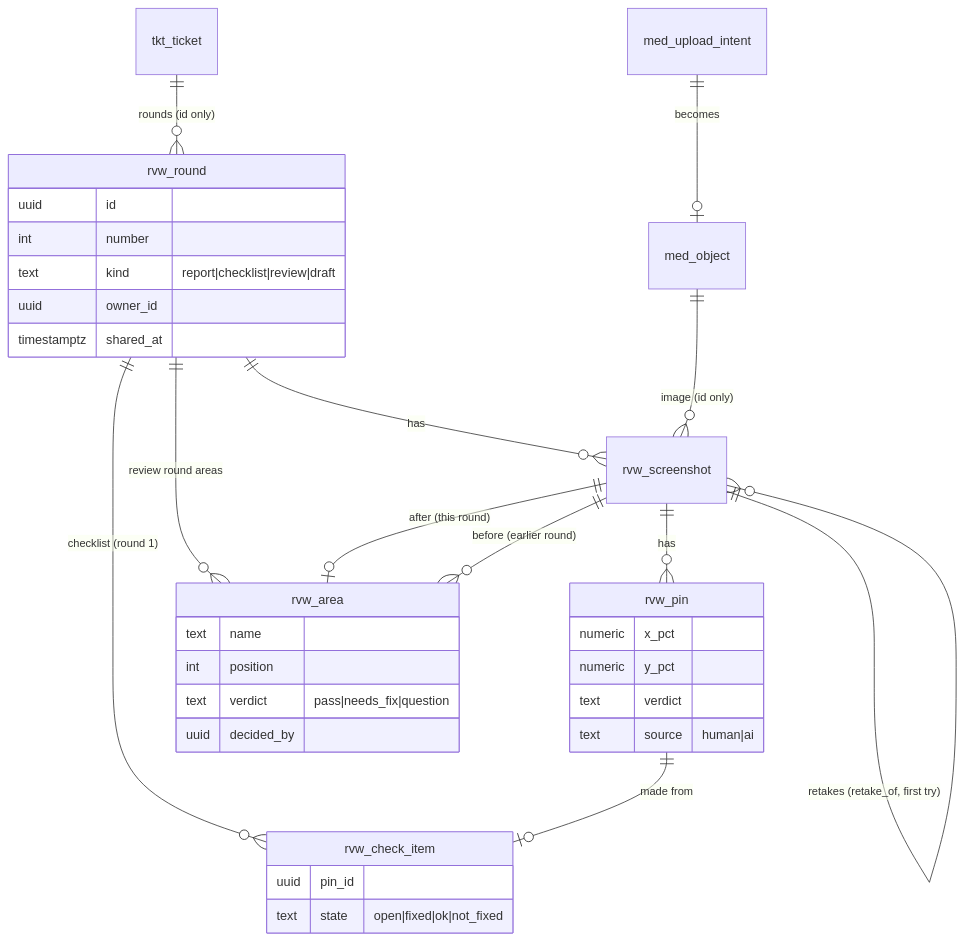
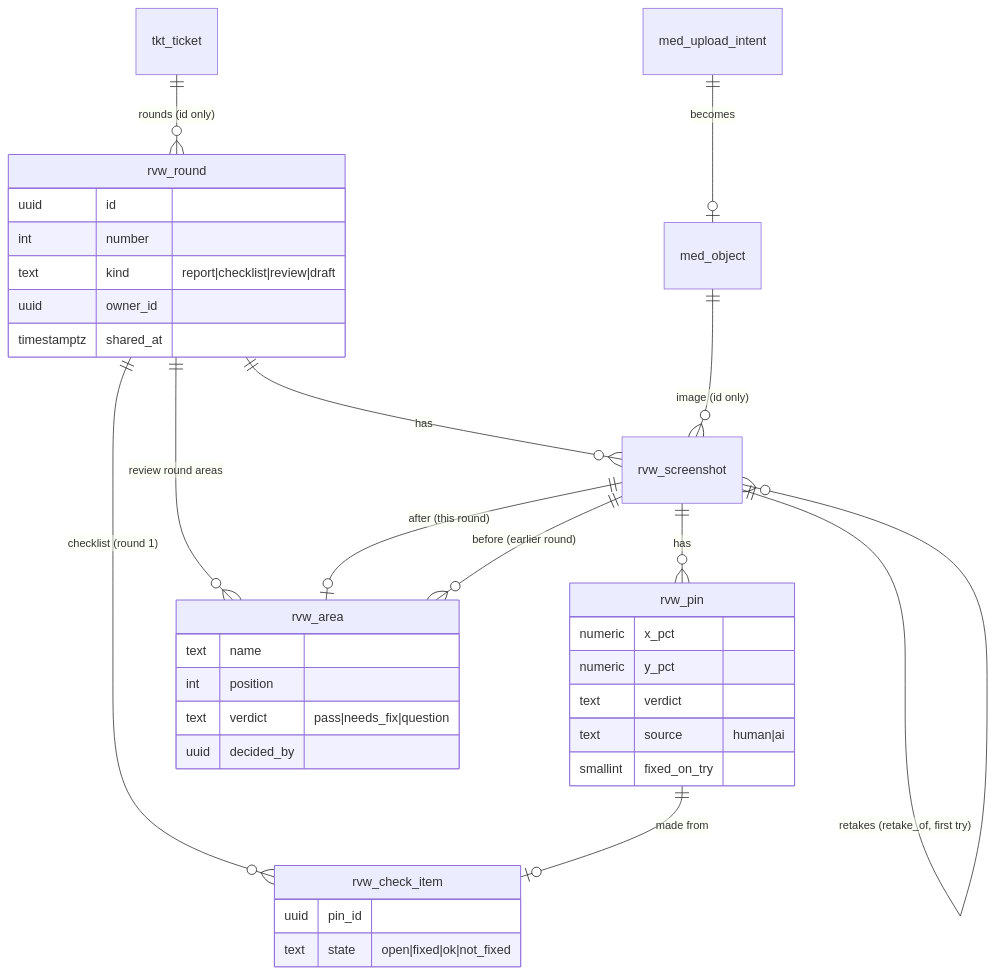
Before and after one commit to Mir-Zairan/pinround-symfony: the third of 4 diagrams in docs/02-architecture/data-model.md, drawn with Mermaid. The commit also changed other lines of this file and 21 other files, not shown here.

````diff
--- a/docs/02-architecture/data-model.md
+++ b/docs/02-architecture/data-model.md
@@ -113,37 +113,38 @@
 ```mermaid
 erDiagram
   tkt_ticket ||--o{ rvw_round : "rounds (id only)"
   rvw_round ||--o{ rvw_screenshot : has
   rvw_screenshot ||--o{ rvw_pin : has
   rvw_screenshot ||--o{ rvw_screenshot : "retakes (retake_of, first try)"
   rvw_round ||--o{ rvw_check_item : "checklist (round 1)"
   rvw_pin ||--o| rvw_check_item : "made from"
   rvw_round ||--o{ rvw_area : "review round areas"
   rvw_screenshot ||--o| rvw_area : "after (this round)"
   rvw_screenshot ||--o{ rvw_area : "before (earlier round)"
   med_object ||--o{ rvw_screenshot : "image (id only)"
   med_upload_intent ||--o| med_object : becomes
   rvw_round {
     uuid id
     int number
     text kind "report|checklist|review|draft"
     uuid owner_id
     timestamptz shared_at
   }
   rvw_pin {
     numeric x_pct
     numeric y_pct
     text verdict
     text source "human|ai"
+    smallint fixed_on_try
   }
   rvw_area {
     text name
     int position
     text verdict "pass|needs_fix|question"
     uuid decided_by
   }
   rvw_check_item {
     uuid pin_id
     text state "open|fixed|ok|not_fixed"
   }
 ```
````
